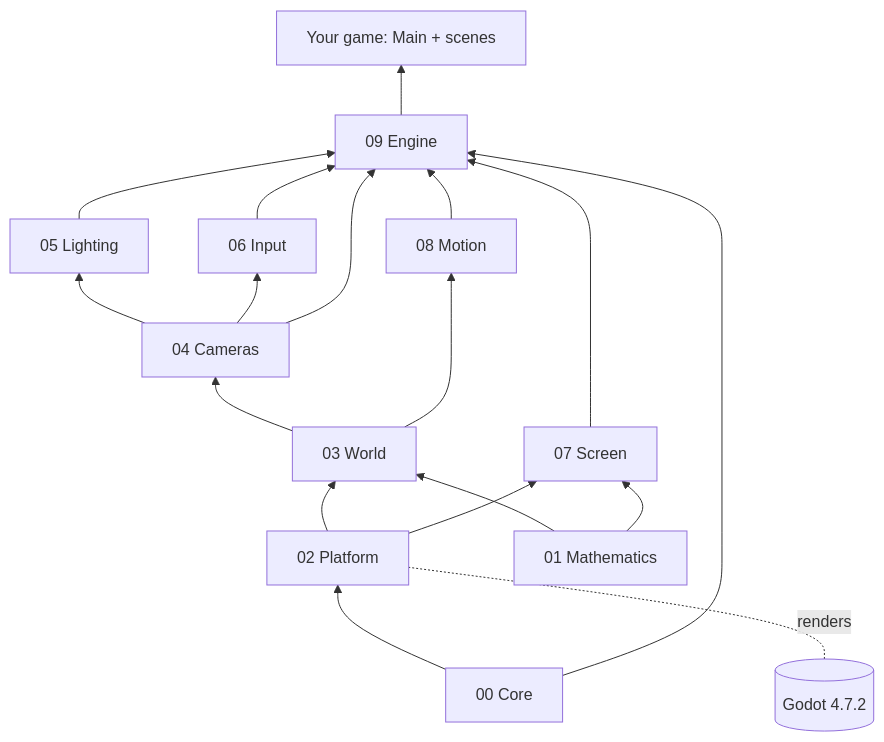
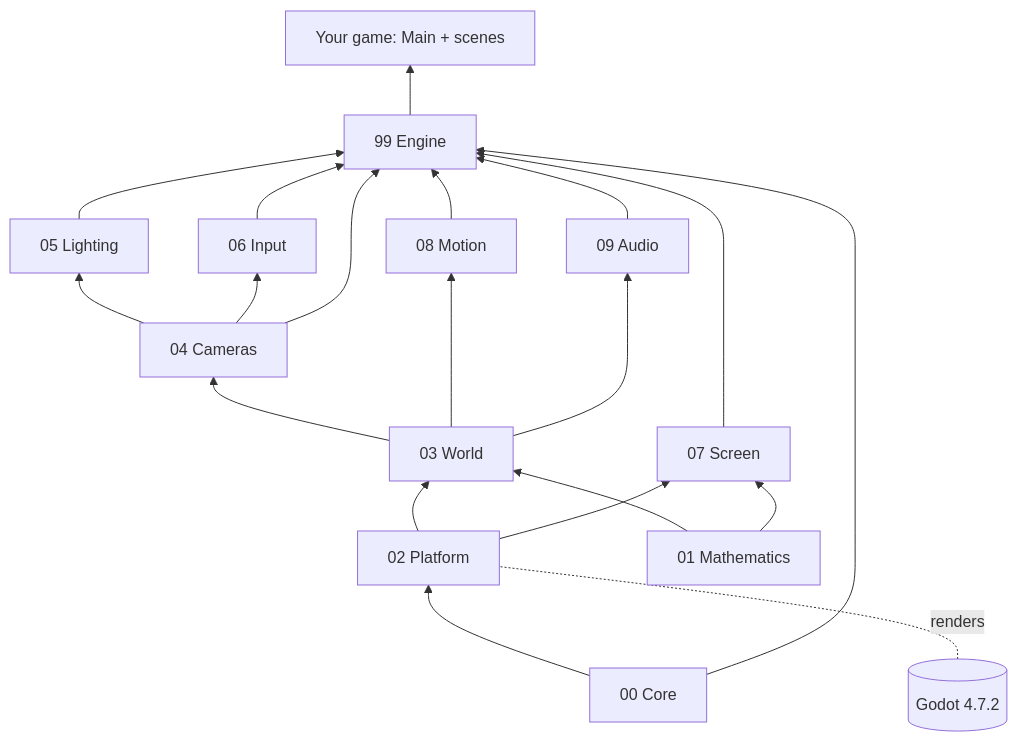
The diagram in documents/Architecture/Architecture Overview.md (ThatEvilGuy-237/MyGameFrameWork), drawn with Mermaid before and after one commit. The commit also changed other lines of this file and 48 other files, not shown here.

````diff
--- a/documents/Architecture/Architecture Overview.md
+++ b/documents/Architecture/Architecture Overview.md
@@ -30,20 +31,22 @@
 ```mermaid
 flowchart BT
   core[00 Core] --> platform[02 Platform]
   math[01 Mathematics] --> world[03 World]
   platform --> world
   platform --> screen[07 Screen]
   math --> screen
   world --> cameras[04 Cameras]
   cameras --> lighting[05 Lighting]
   cameras --> input[06 Input]
   world --> motion[08 Motion]
-  motion --> engine[09 Engine]
+  motion --> engine[99 Engine]
+  world --> audio[09 Audio]
+  audio --> engine
   input --> engine
   cameras --> engine
   lighting --> engine
   screen --> engine
   core --> engine
   engine --> game[Your game: Main + scenes]
   godot[(Godot 4.7.2)] -.renders.- platform
 ```
````
